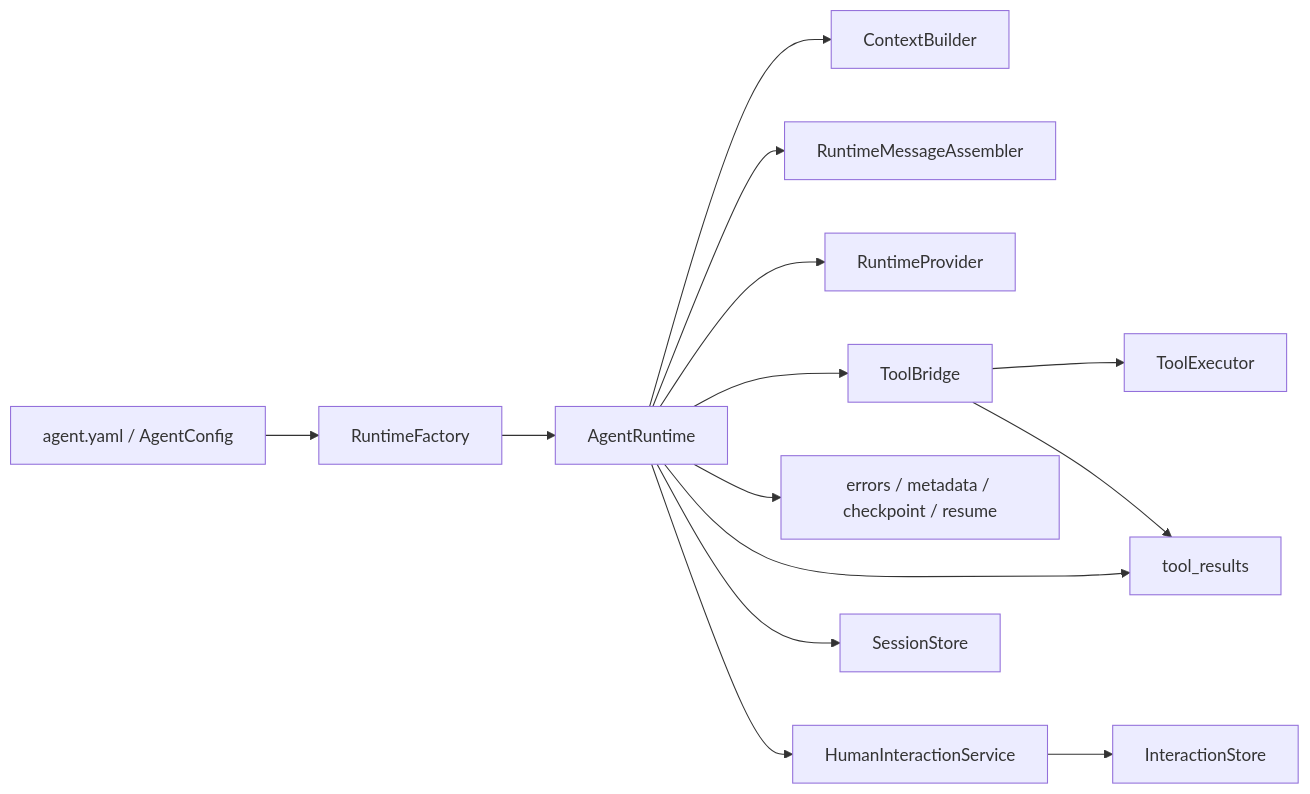
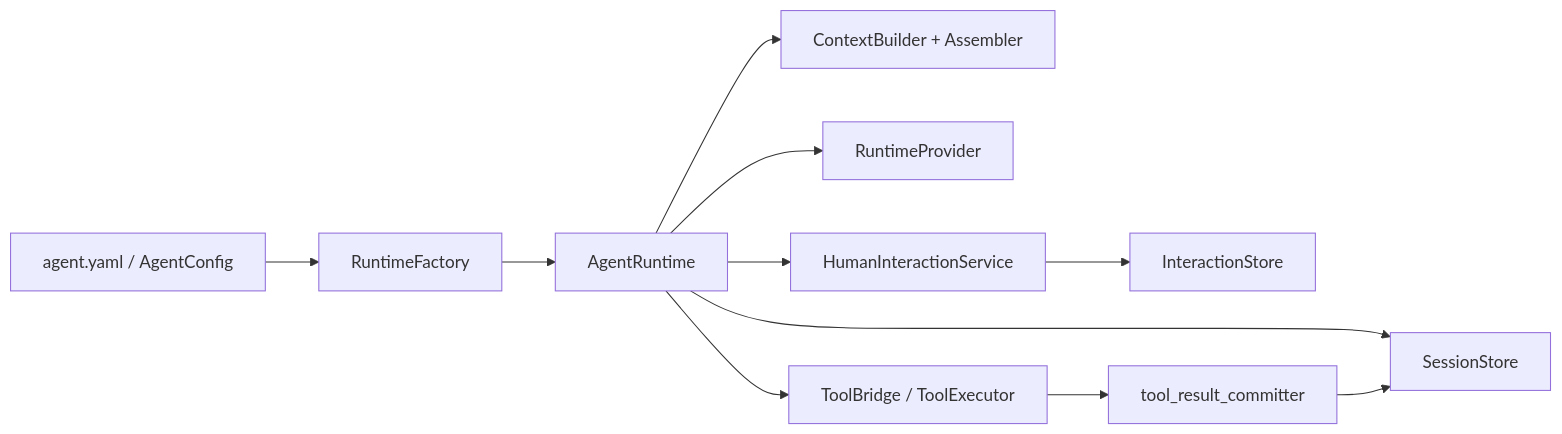
The first of 5 diagrams in src/iris/runtime/README.md (Tsubaki-01/Iris), drawn with Mermaid before and after one commit. The commit also changed other lines of this file and 25 other files, not shown here.

````diff
--- a/src/iris/runtime/README.md
+++ b/src/iris/runtime/README.md
@@ -12,16 +56,13 @@
 ```mermaid
 flowchart LR
     Config["agent.yaml / AgentConfig"] --> Factory["RuntimeFactory"]
     Factory --> Runtime["AgentRuntime"]
-    Runtime --> Context["ContextBuilder"]
-    Runtime --> Assembler["RuntimeMessageAssembler"]
+    Runtime --> Context["ContextBuilder + Assembler"]
     Runtime --> Provider["RuntimeProvider"]
-    Runtime --> Bridge["ToolBridge"]
-    Runtime --> Helpers["errors / metadata / checkpoint / resume"]
-    Runtime --> Projection["tool_results"]
-    Bridge --> Executor["ToolExecutor"]
-    Bridge --> Projection
+    Runtime --> Bridge["ToolBridge / ToolExecutor"]
     Runtime --> Session["SessionStore"]
     Runtime --> HITL["HumanInteractionService"]
-    HITL --> InteractionStore["InteractionStore"]
+    HITL --> Store["InteractionStore"]
+    Bridge --> Commit["tool_result_committer"]
+    Commit --> Session
 ```
````
